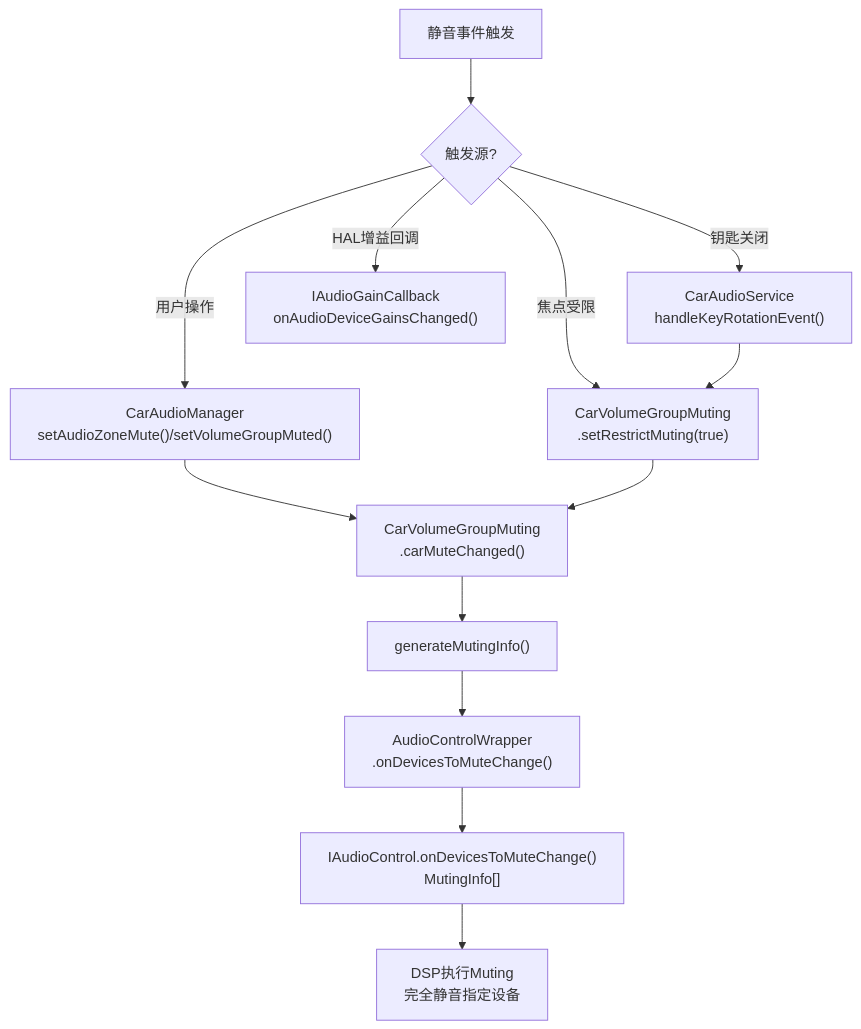
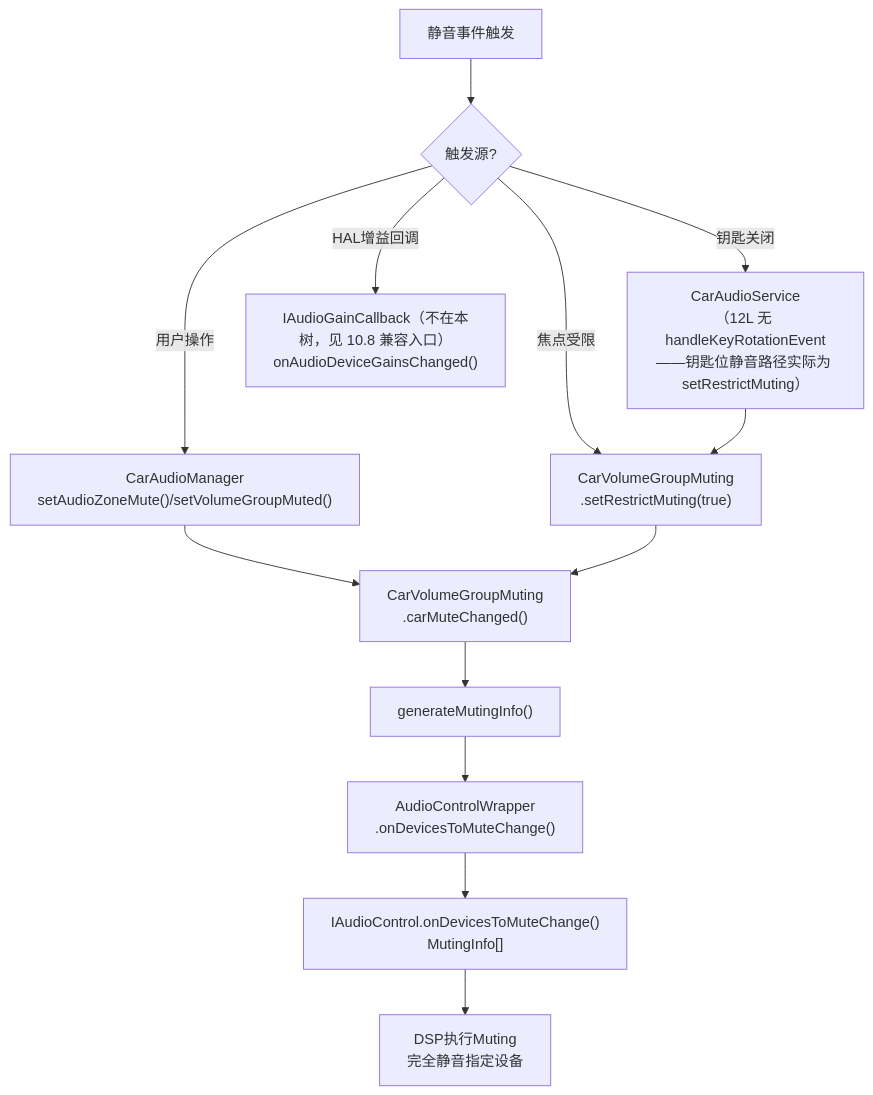
Before and after one commit to yanglinzhen1022/SA8295_AAOS_QNX_Audio_KnowledgeBase: the first of 4 diagrams in 10_AudioControl_HAL/10_10.5_Muting机制.md, drawn with Mermaid. The commit also changed other lines of this file and 58 other files, not shown here.

````diff
--- a/10_AudioControl_HAL/10_10.5_Muting机制.md
+++ b/10_AudioControl_HAL/10_10.5_Muting机制.md
@@ -11,16 +11,16 @@
 ```mermaid
 flowchart TB
     EVENT["静音事件触发"] --> SOURCE{"触发源?"}
     SOURCE -->|"用户操作"| USER["CarAudioManager<br>setAudioZoneMute()/setVolumeGroupMuted()"]
-    SOURCE -->|"钥匙关闭"| KEY["CarAudioService<br>handleKeyRotationEvent()"]
+    SOURCE -->|"钥匙关闭"| KEY["CarAudioService<br>（12L 无 handleKeyRotationEvent——钥匙位静音路径实际为 setRestrictMuting）"]
     SOURCE -->|"焦点受限"| RESTRICT["CarVolumeGroupMuting<br>.setRestrictMuting(true)"]
-    SOURCE -->|"HAL增益回调"| HALCB["IAudioGainCallback<br>onAudioDeviceGainsChanged()"]
+    SOURCE -->|"HAL增益回调"| HALCB["IAudioGainCallback（不在本树，见 10.8 兼容入口）<br>onAudioDeviceGainsChanged()"]
 
     USER --> CARMUTE["CarVolumeGroupMuting<br>.carMuteChanged()"]
     KEY --> RESTRICT
     RESTRICT --> CARMUTE
     CARMUTE --> GEN["generateMutingInfo()"]
     GEN --> ACW["AudioControlWrapper<br>.onDevicesToMuteChange()"]
     ACW --> HAL["IAudioControl.onDevicesToMuteChange()<br>MutingInfo[]"]
     HAL --> DSP["DSP执行Muting<br>完全静音指定设备"]
 ```
````
